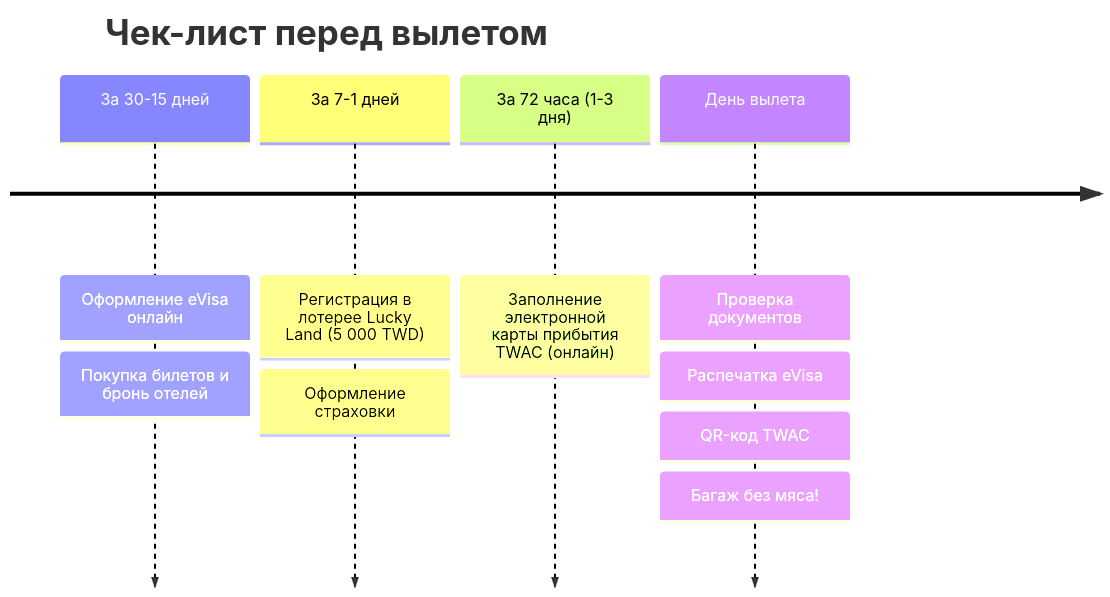
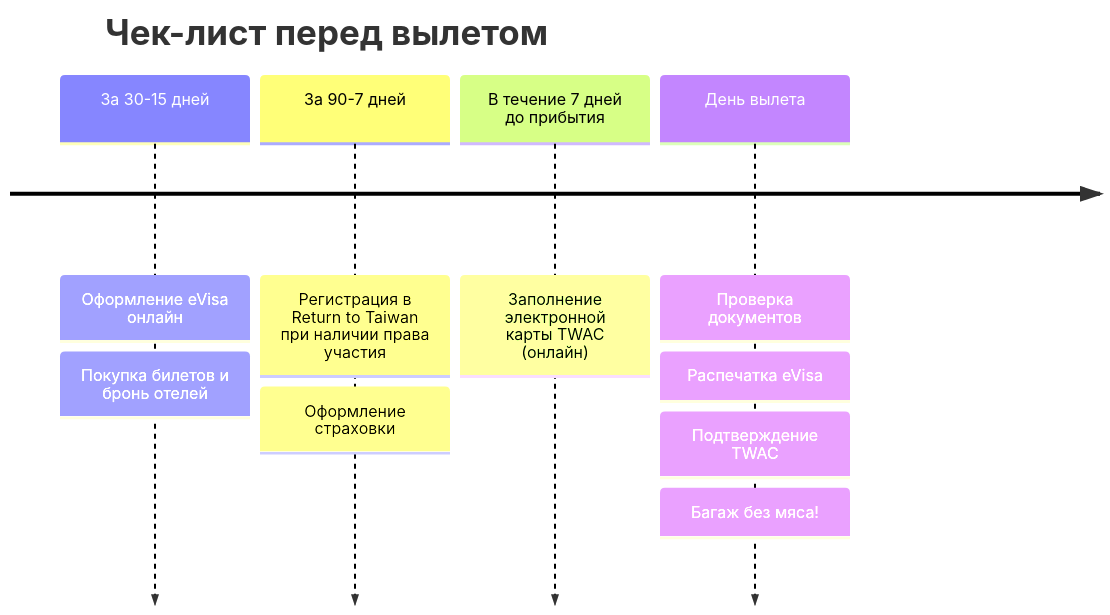
One commit to injurka/obsidian-mark changed the second of 2 diagrams in Personal Note/Travel/-- Taiwan/05 - Полезная информация/Визовый гайд для граждан РФ (2026).md. Above: the diagram before and after it, drawn with Mermaid. The commit also changed other lines of this file and 115 other files, not shown here.

````diff
--- a/Personal Note/Travel/-- Taiwan/05 - Полезная информация/Визовый гайд для граждан РФ (2026).md
+++ b/Personal Note/Travel/-- Taiwan/05 - Полезная информация/Визовый гайд для граждан РФ (2026).md
@@ -84,8 +84,8 @@
 ```mermaid
 timeline
     title Чек-лист перед вылетом
     За 30-15 дней : Оформление eVisa онлайн : Покупка билетов и бронь отелей
-    За 7-1 дней : Регистрация в лотерее Lucky Land (5 000 TWD) : Оформление страховки
-    За 72 часа (1-3 дня) : Заполнение электронной карты прибытия TWAC (онлайн)
-    День вылета : Проверка документов : Распечатка eVisa : QR-код TWAC : Багаж без мяса!
+    За 90-7 дней : Регистрация в Return to Taiwan при наличии права участия : Оформление страховки
+    В течение 7 дней до прибытия : Заполнение электронной карты TWAC (онлайн)
+    День вылета : Проверка документов : Распечатка eVisa : Подтверждение TWAC : Багаж без мяса!
 ```
````
